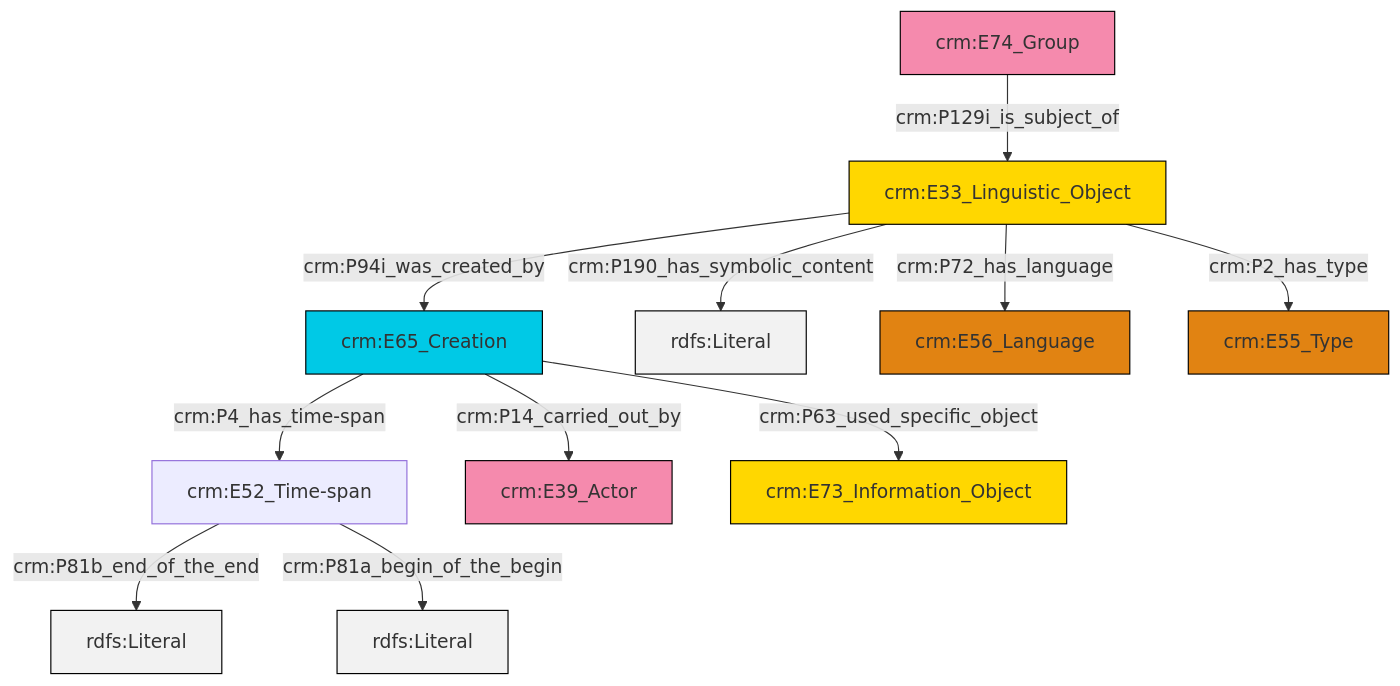
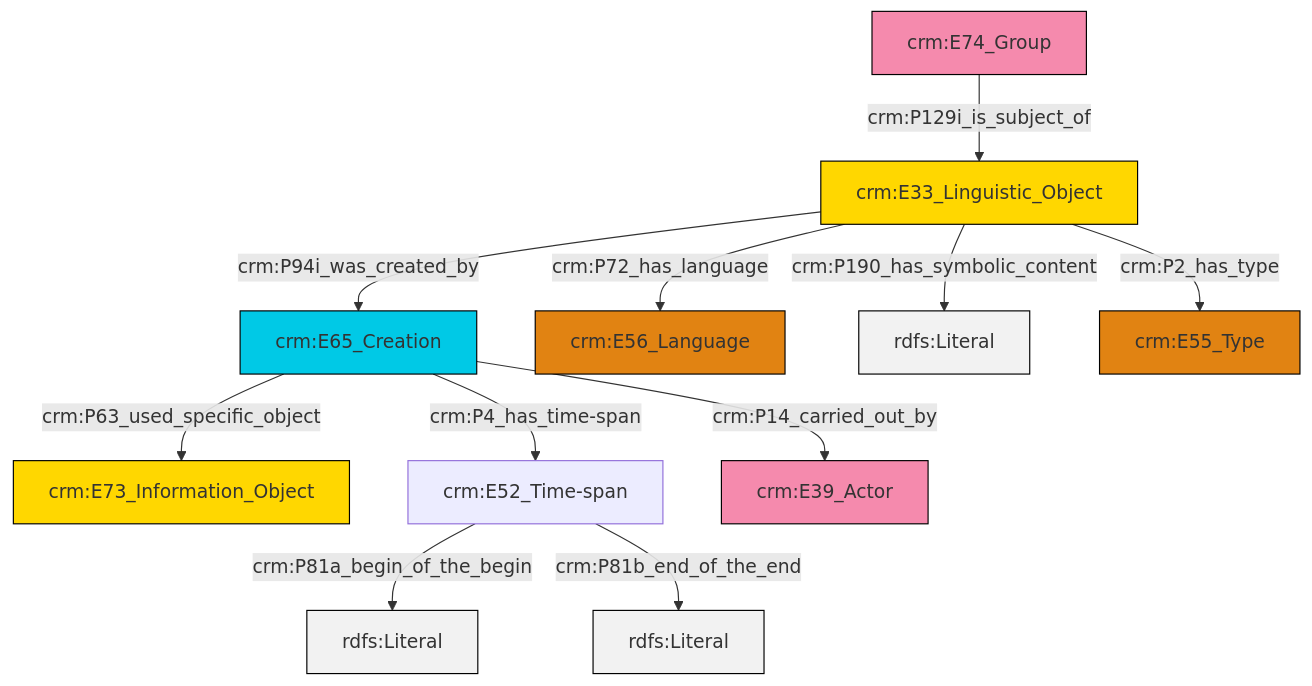
Before and after one commit to swiss-art-research-net/docs.swissartresearch: the diagram in et/groupCSV/ttl/mmd/group_description.ttl.mmd, drawn with Mermaid. The commit also changed 182 other files, not shown here.

```diff
--- a/et/groupCSV/ttl/mmd/group_description.ttl.mmd
+++ b/et/groupCSV/ttl/mmd/group_description.ttl.mmd
@@ -1,25 +1,25 @@
 graph TD
 classDef Literal fill:#f2f2f2,stroke:#000000;
 classDef CRM_Entity fill:#FFFFFF,stroke:#000000;
 classDef Temporal_Entity fill:#00C9E6, stroke:#000000;
 classDef Type fill:#E18312, stroke:#000000;
 classDef Time-Span fill:#2C9C91, stroke:#000000;
 classDef Appellation fill:#FFEB7F, stroke:#000000;
 classDef Place fill:#008836, stroke:#000000;
 classDef Persistent_Item fill:#B266B2, stroke:#000000;
 classDef Conceptual_Object fill:#FFD700, stroke:#000000;
 classDef Physical_Thing fill:#D2B48C, stroke:#000000;
 classDef Actor fill:#f58aad, stroke:#000000;
 classDef PC_Classes fill:#4ce600, stroke:#000000;
 classDef Multi fill:#cccccc,stroke:#000000;
 
-2["crm:E52_Time-span"]:::Default -->|crm:P81b_end_of_the_end| 3[rdfs:Literal]:::Literal
-6["crm:E65_Creation"]:::Temporal_Entity -->|crm:P14_carried_out_by| 7["crm:E39_Actor"]:::Actor
-0["crm:E33_Linguistic_Object"]:::Conceptual_Object -->|crm:P190_has_symbolic_content| 8[rdfs:Literal]:::Literal
-2["crm:E52_Time-span"]:::Default -->|crm:P81a_begin_of_the_begin| 11[rdfs:Literal]:::Literal
-4["crm:E74_Group"]:::Actor -->|crm:P129i_is_subject_of| 0["crm:E33_Linguistic_Object"]:::Conceptual_Object
-6["crm:E65_Creation"]:::Temporal_Entity -->|crm:P63_used_specific_object| 12["crm:E73_Information_Object"]:::Conceptual_Object
-0["crm:E33_Linguistic_Object"]:::Conceptual_Object -->|crm:P72_has_language| 14["crm:E56_Language"]:::Type
-6["crm:E65_Creation"]:::Temporal_Entity -->|crm:P4_has_time-span| 2["crm:E52_Time-span"]:::Default
-0["crm:E33_Linguistic_Object"]:::Conceptual_Object -->|crm:P2_has_type| 16["crm:E55_Type"]:::Type
-0["crm:E33_Linguistic_Object"]:::Conceptual_Object -->|crm:P94i_was_created_by| 6["crm:E65_Creation"]:::Temporal_Entity
+0["crm:E65_Creation"]:::Temporal_Entity -->|crm:P63_used_specific_object| 1["crm:E73_Information_Object"]:::Conceptual_Object
+6["crm:E33_Linguistic_Object"]:::Conceptual_Object -->|crm:P72_has_language| 2["crm:E56_Language"]:::Type
+4["crm:E52_Time-span"]:::Default -->|crm:P81a_begin_of_the_begin| 7[rdfs:Literal]:::Literal
+6["crm:E33_Linguistic_Object"]:::Conceptual_Object -->|crm:P190_has_symbolic_content| 8[rdfs:Literal]:::Literal
+14["crm:E74_Group"]:::Actor -->|crm:P129i_is_subject_of| 6["crm:E33_Linguistic_Object"]:::Conceptual_Object
+6["crm:E33_Linguistic_Object"]:::Conceptual_Object -->|crm:P2_has_type| 12["crm:E55_Type"]:::Type
+0["crm:E65_Creation"]:::Temporal_Entity -->|crm:P4_has_time-span| 4["crm:E52_Time-span"]:::Default
+4["crm:E52_Time-span"]:::Default -->|crm:P81b_end_of_the_end| 17[rdfs:Literal]:::Literal
+6["crm:E33_Linguistic_Object"]:::Conceptual_Object -->|crm:P94i_was_created_by| 0["crm:E65_Creation"]:::Temporal_Entity
+0["crm:E65_Creation"]:::Temporal_Entity -->|crm:P14_carried_out_by| 10["crm:E39_Actor"]:::Actor
```
